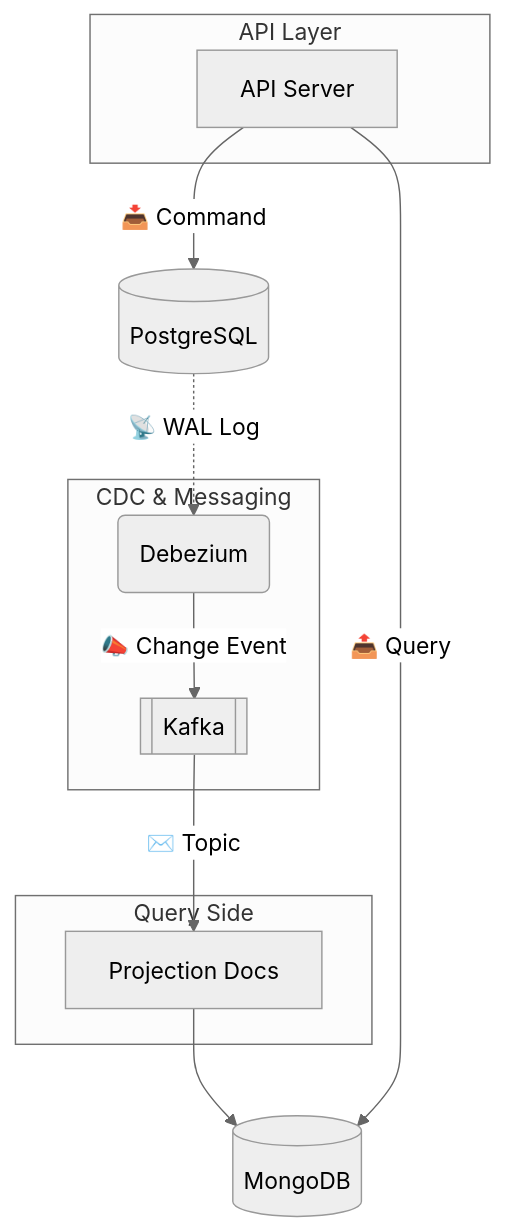
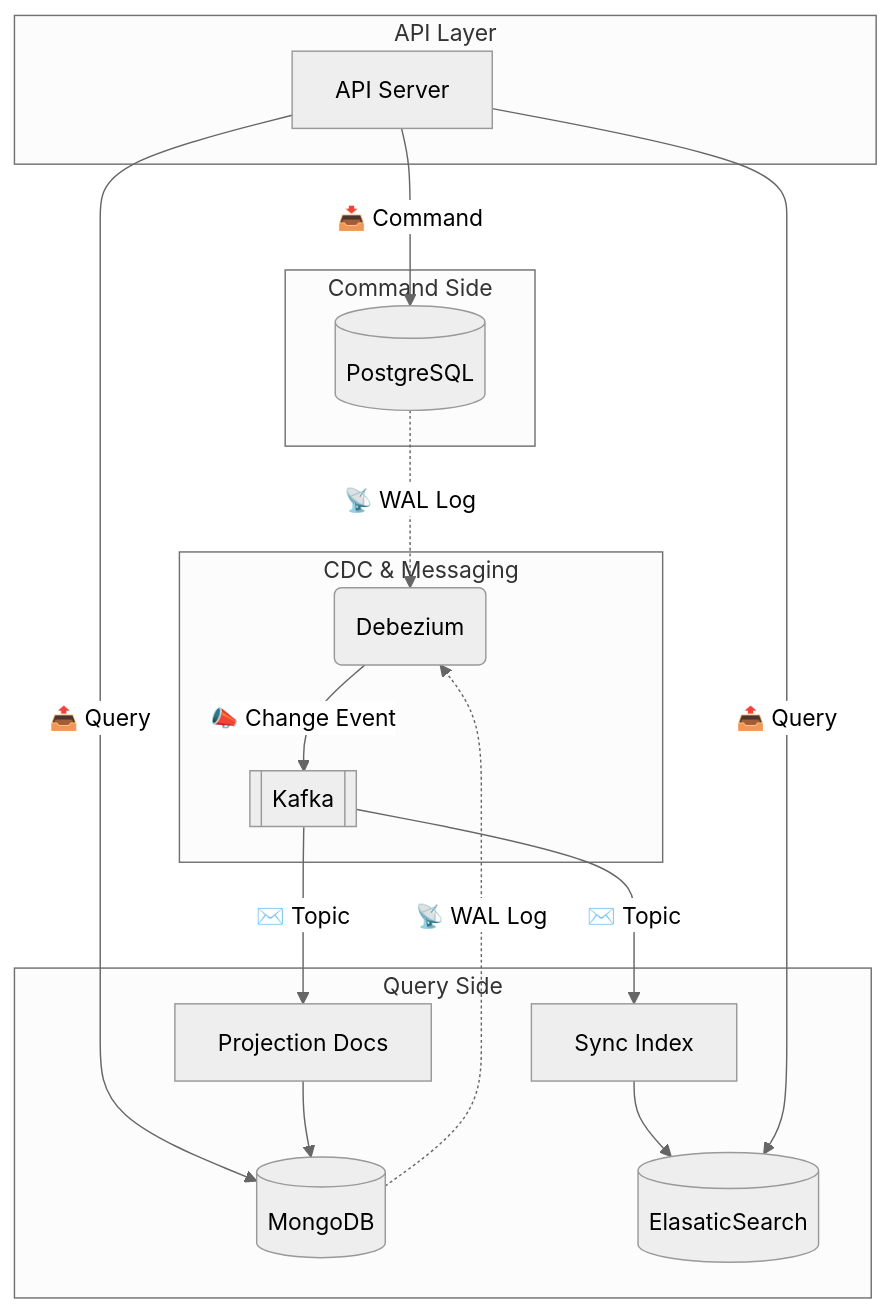
One commit to NarciSource/Pre-Onboarding-Challenge-BE-31 changed the second of 4 diagrams in README.md. Above: the diagram before and after it, drawn with Mermaid (neutral theme).

Commit message:
docs: System Architecture Diagram 업데이트

````diff
--- a/README.md
+++ b/README.md
@@ -227,34 +227,43 @@
 ```mermaid
 graph TD
    subgraph "API Layer"
       api[API Server]
    end
-      mongo[(MongoDB)]
+
+   subgraph "Command Side"
       postgres[(PostgreSQL)]
+   end
 
    subgraph "CDC & Messaging"
       cdc@{ shape: rounded, label: Debezium }
       kafka@{ shape: subproc, label: Kafka }
    end
 
    subgraph "Query Side"
       projector[Projection Docs]
+      sync[Sync Index]
+      mongo[(MongoDB)]
+      elasticsearch[( ElasaticSearch)]
    end
 
    %% Command flow
    api -->|📥 Command| postgres
 
    %% CDC Flow
-   postgres -.->|📡 WAL Log | cdc
+   postgres & mongo -.->|📡 WAL Log | cdc
    cdc -->|📣 Change Event| kafka
-
-   %% Projection flow
-   kafka -->|✉️ Topic| projector
-   projector --> mongo
 
    %% Query flow
    api -->|📤 Query| mongo
 
+   %% Projection flow
+   kafka -->|✉️ Topic| projector & sync
+   projector --> mongo
+   sync --> elasticsearch
+
+   %% Query flow
+   api -->|📤 Query| elasticsearch
+
    click api "https://github.com/NarciSource/Pre-Onboarding-Challenge-BE-31/tree/main/apps/api-server"
    click projector "https://github.com/NarciSource/Pre-Onboarding-Challenge-BE-31/tree/main/apps/proj-docs"
 ```
````
